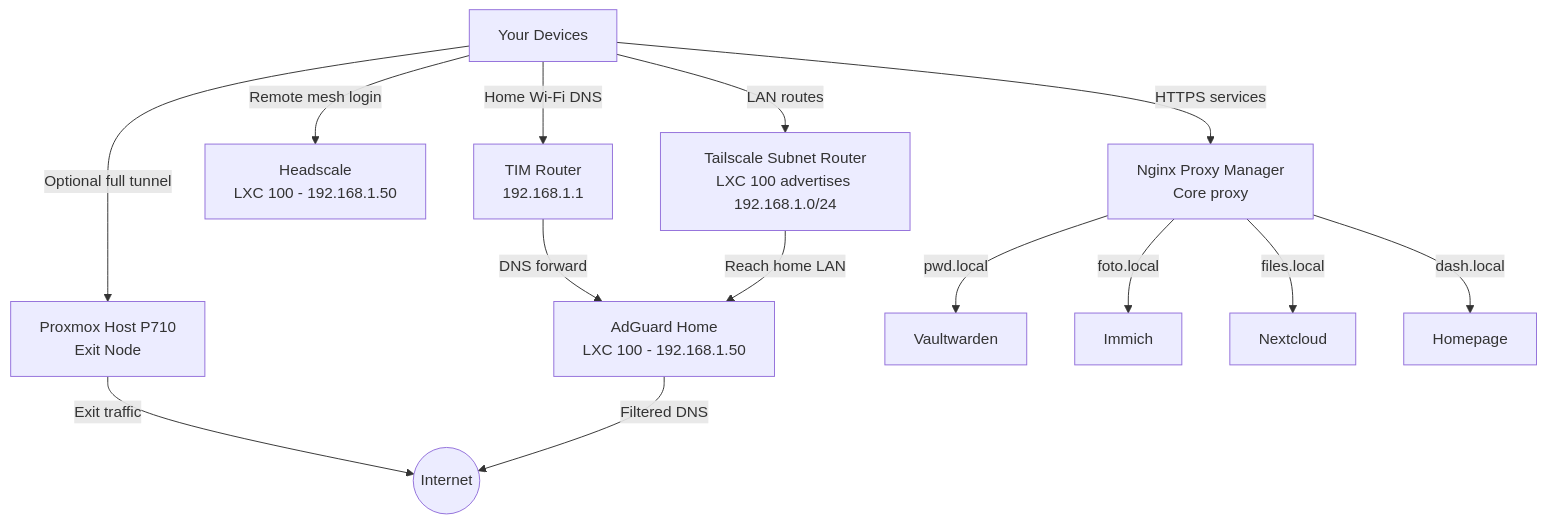
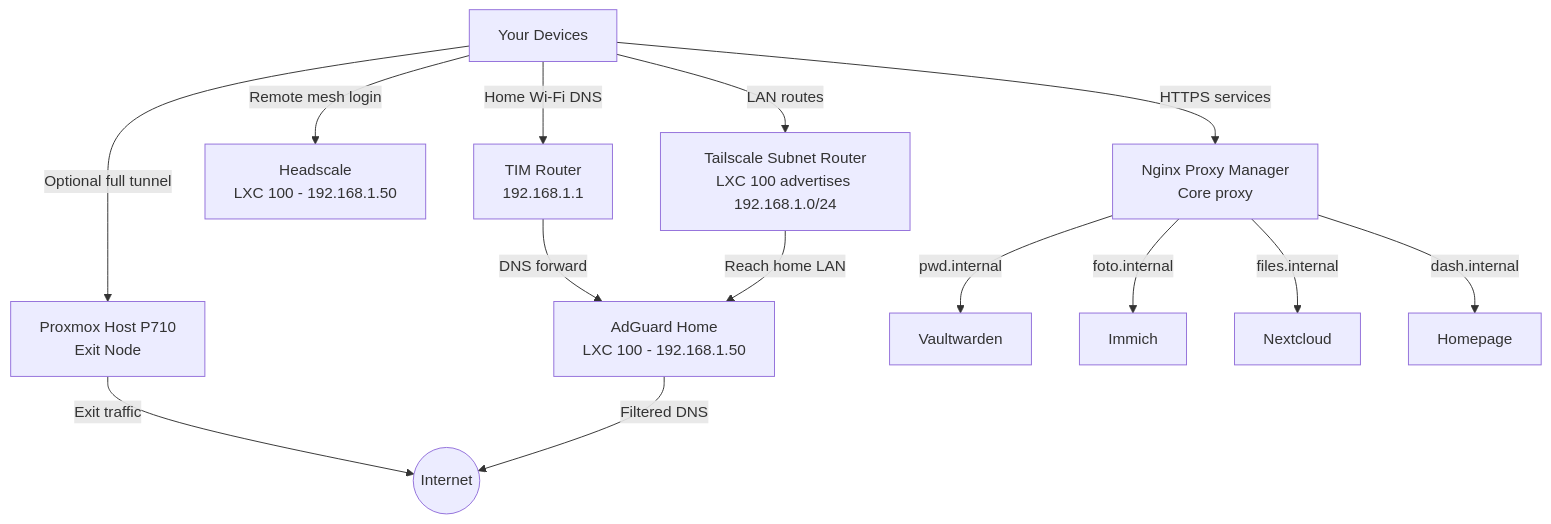
Before and after one commit to Mohamed-DN/Sovereign-Homelab: the diagram in README.md, drawn with Mermaid. The commit also changed other lines of this file and 23 other files, not shown here.

````diff
--- a/README.md
+++ b/README.md
@@ -39,27 +48,27 @@
 ```mermaid
 graph TD
     User["Your Devices"]
     Router["TIM Router<br>192.168.1.1"]
     Internet(("Internet"))
 
     Proxmox["Proxmox Host P710<br>Exit Node"]
     DNS["AdGuard Home<br>LXC 100 - 192.168.1.50"]
     Headscale["Headscale<br>LXC 100 - 192.168.1.50"]
     Subnet["Tailscale Subnet Router<br>LXC 100 advertises 192.168.1.0/24"]
     Proxy["Nginx Proxy Manager<br>Core proxy"]
 
     User -->|Home Wi-Fi DNS| Router
     Router -->|DNS forward| DNS
     User -->|Remote mesh login| Headscale
     User -->|LAN routes| Subnet
     User -->|Optional full tunnel| Proxmox
     Subnet -->|Reach home LAN| DNS
     Proxmox -->|Exit traffic| Internet
     DNS -->|Filtered DNS| Internet
     User -->|HTTPS services| Proxy
 
-    Proxy -->|pwd.local| V["Vaultwarden"]
-    Proxy -->|foto.local| I["Immich"]
-    Proxy -->|files.local| N["Nextcloud"]
-    Proxy -->|dash.local| H["Homepage"]
+    Proxy -->|pwd.internal| V["Vaultwarden"]
+    Proxy -->|foto.internal| I["Immich"]
+    Proxy -->|files.internal| N["Nextcloud"]
+    Proxy -->|dash.internal| H["Homepage"]
 ```
````
